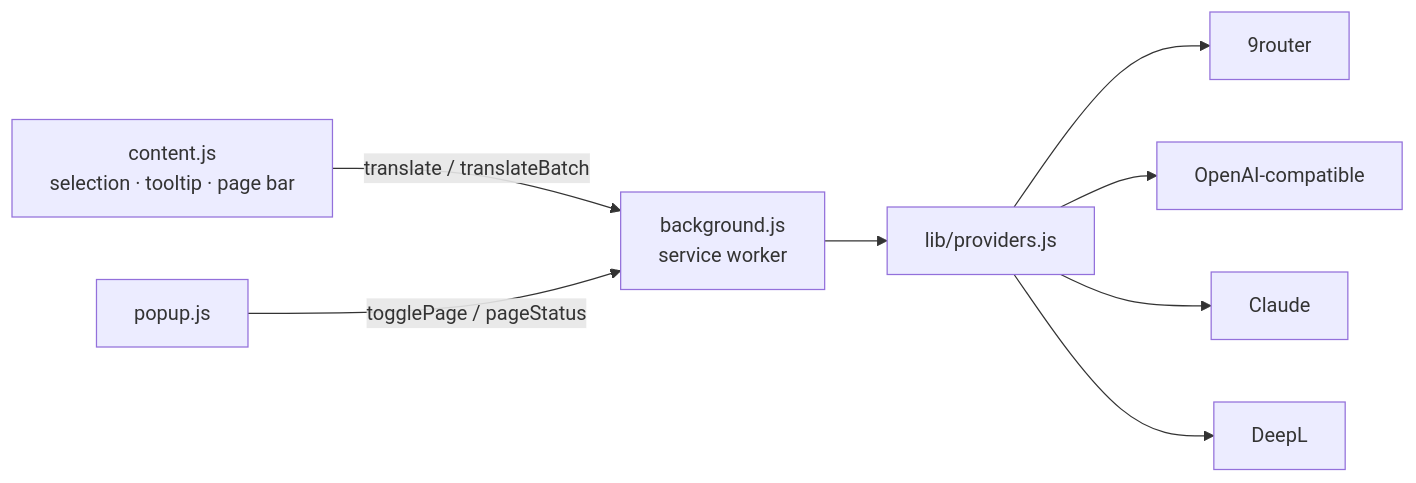
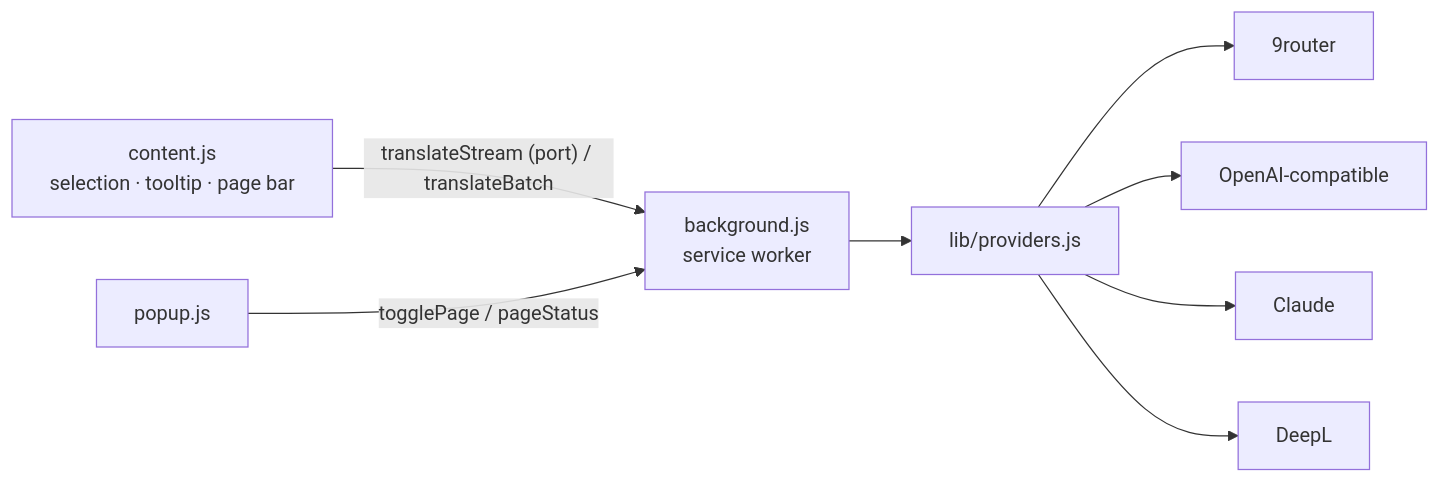
One commit to tirsasaki/wraith-translate changed the diagram in README.md. Above: the diagram before and after it, drawn with Mermaid. The commit also changed other lines of this file and 10 other files, not shown here.

````diff
--- a/README.md
+++ b/README.md
@@ -279,10 +328,10 @@
 ```mermaid
 flowchart LR
-    A["content.js<br/>selection · tooltip · page bar"] -- "translate / translateBatch" --> B["background.js<br/>service worker"]
+    A["content.js<br/>selection · tooltip · page bar"] -- "translateStream (port) / translateBatch" --> B["background.js<br/>service worker"]
     P["popup.js"] -- "togglePage / pageStatus" --> B
     B --> C["lib/providers.js"]
     C --> D1["9router"]
     C --> D2["OpenAI-compatible"]
     C --> D3["Claude"]
     C --> D4["DeepL"]
 ```
````
